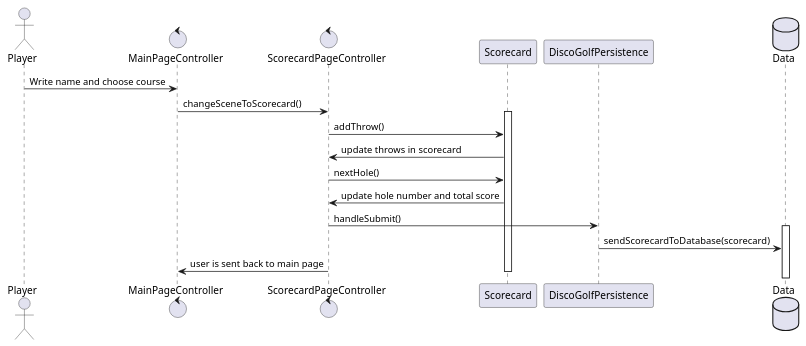
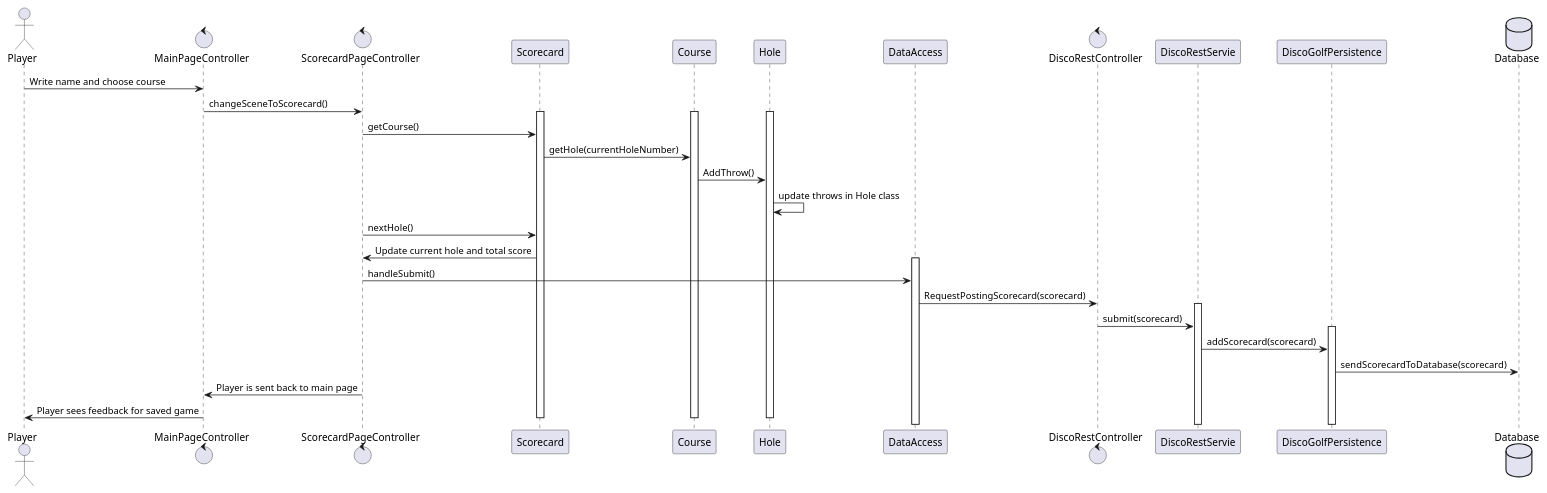
The first of 2 diagrams in docs/resources/diagramSequence.plantuml (J0hans1/IT1901-DiscoGolf), drawn with PlantUML before and after one commit. The commit also changed 2 other files, not shown here.

Commit message:
Update sequence diagram and start writing release3
Sequence diagram is not up to date with the new classes and rest API
Update sequence diagram so it matches the new implementations
Start writing on release 3 documentation under docs in the release 3 folder

Authors: @jakobop Relates: #101

```diff
--- a/docs/resources/diagramSequence.plantuml
+++ b/docs/resources/diagramSequence.plantuml
@@ -1,23 +1,41 @@
 @startuml Sequence diagram
 
 actor Player
 control MainPageController
 control ScorecardPageController
 participant Scorecard
+participant Course
+participant Hole
+participant DataAccess
+control DiscoRestController
+participant DiscoRestServie
 participant DiscoGolfPersistence
-database Data
+dataBase Database
 
 Player -> MainPageController: Write name and choose course
 MainPageController -> ScorecardPageController: changeSceneToScorecard()
 activate Scorecard
-ScorecardPageController -> Scorecard: addThrow()
-Scorecard -> ScorecardPageController: update throws in scorecard
+activate Course
+activate Hole
+
+ScorecardPageController -> Scorecard: getCourse()
+Scorecard -> Course: getHole(currentHoleNumber)
+Course -> Hole: AddThrow() 
+Hole -> Hole: update throws in Hole class
 ScorecardPageController -> Scorecard: nextHole()
-Scorecard -> ScorecardPageController: update hole number and total score
-ScorecardPageController -> DiscoGolfPersistence: handleSubmit()
-activate Data
-DiscoGolfPersistence -> Data: sendScorecardToDatabase(scorecard)
-ScorecardPageController -> MainPageController: user is sent back to main page
+Scorecard -> ScorecardPageController: Update current hole and total score
+activate DataAccess
+ScorecardPageController -> DataAccess: handleSubmit()
+DataAccess -> DiscoRestController: RequestPostingScorecard(scorecard)
+activate DiscoRestServie
+DiscoRestController -> DiscoRestServie: submit(scorecard)
+activate DiscoGolfPersistence
+DiscoRestServie -> DiscoGolfPersistence: addScorecard(scorecard)
+DiscoGolfPersistence -> Database: sendScorecardToDatabase(scorecard)
+ScorecardPageController -> MainPageController: Player is sent back to main page
+MainPageController -> Player: Player sees feedback for saved game
 deactivate Scorecard
+deactivate Course
+deactivate Hole
 
 @endulm
```
